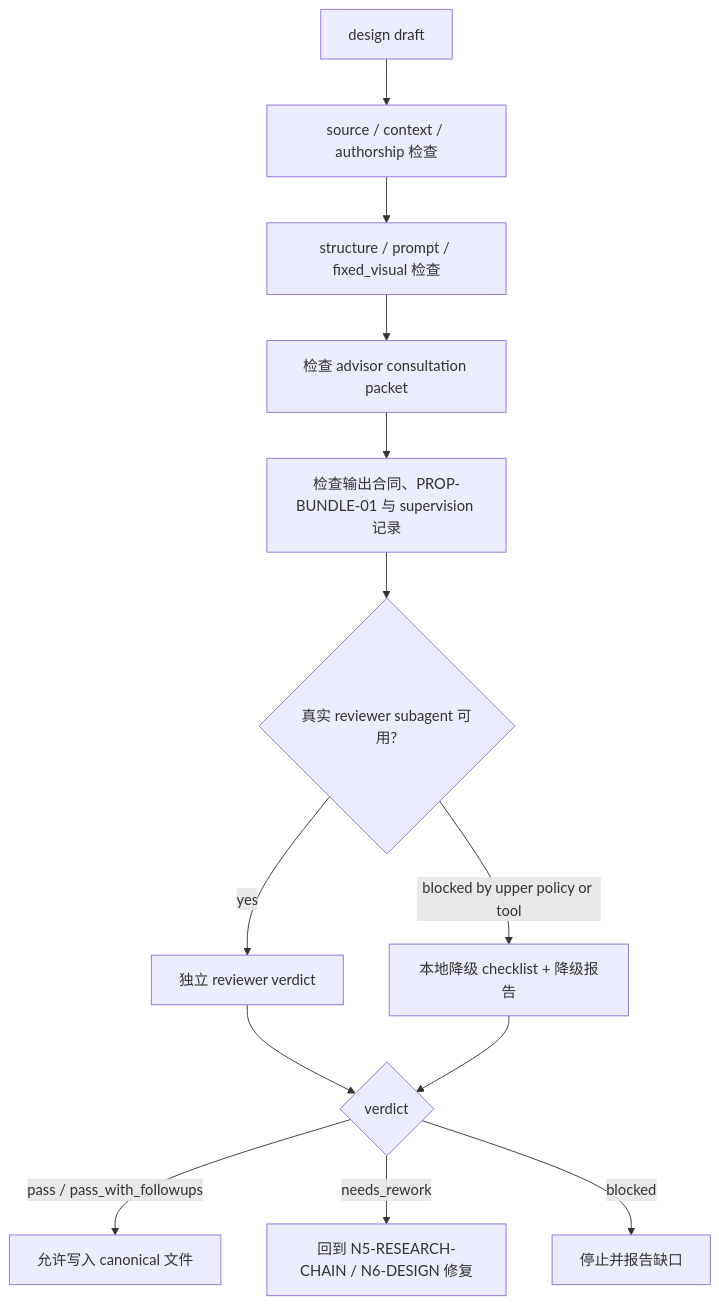
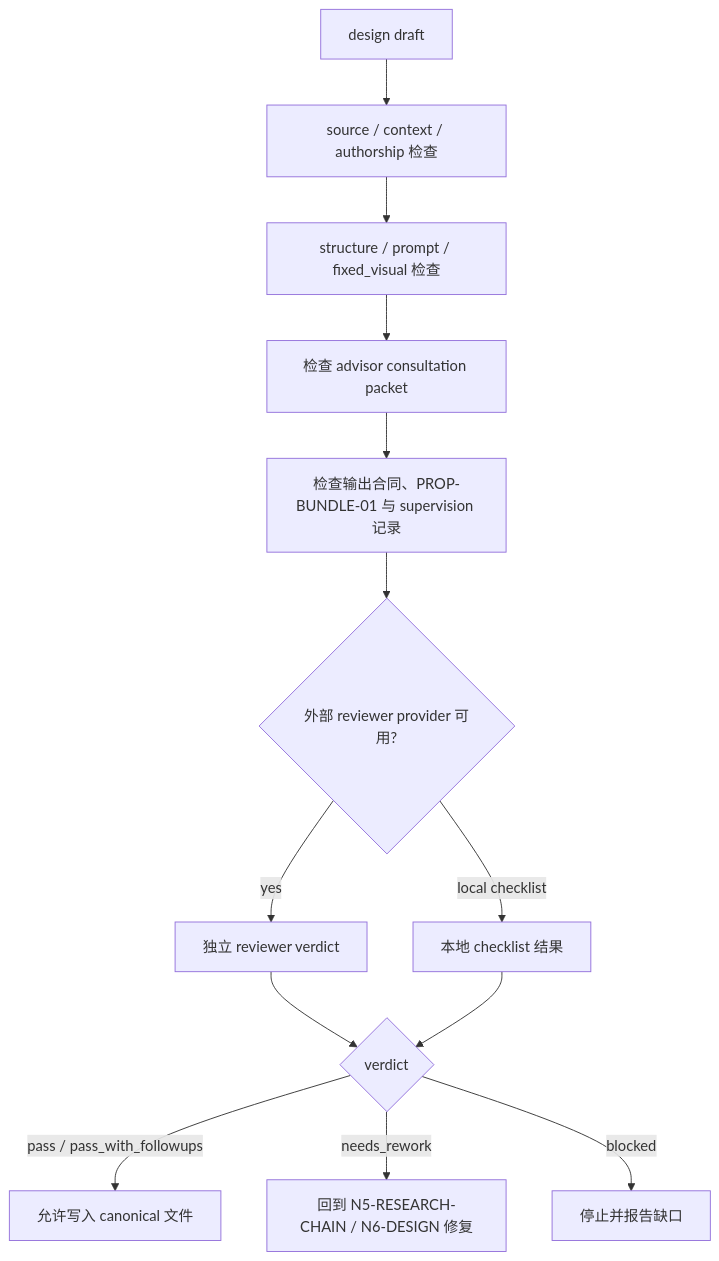
One commit to ZEN-VOID/AI-CUT changed the diagram in .agents/skills/aigc/7-设计/道具/2-设计/review/review-contract.md. Above: the diagram before and after it, drawn with Mermaid. The commit also changed other lines of this file and 137 other files, not shown here.

````diff
--- a/.agents/skills/aigc/7-设计/道具/2-设计/review/review-contract.md
+++ b/.agents/skills/aigc/7-设计/道具/2-设计/review/review-contract.md
@@ -44,15 +44,15 @@
 ```mermaid
 flowchart TD
     A["design draft"] --> B["source / context / authorship 检查"]
     B --> C["structure / prompt / fixed_visual 检查"]
     C --> A1["检查 advisor consultation packet"]
     A1 --> A2["检查输出合同、PROP-BUNDLE-01 与 supervision 记录"]
-    A2 --> D{"真实 reviewer subagent 可用?"}
+    A2 --> D{"外部 reviewer provider 可用?"}
     D -->|"yes"| E["独立 reviewer verdict"]
-    D -->|"blocked by upper policy or tool"| F["本地降级 checklist + 降级报告"]
+    D -->|"local checklist"| F["本地 checklist 结果"]
     E --> G{"verdict"}
     F --> G
     G -->|"pass / pass_with_followups"| H["允许写入 canonical 文件"]
     G -->|"needs_rework"| I["回到 N5-RESEARCH-CHAIN / N6-DESIGN 修复"]
     G -->|"blocked"| J["停止并报告缺口"]
 ```
````
